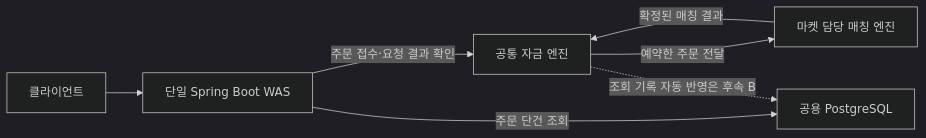
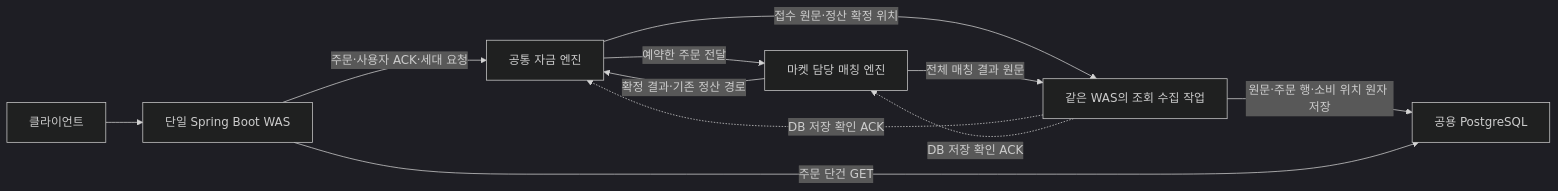
Before and after one commit to 0Chord/coin-exchange: the diagram in README.md, drawn with Mermaid (dark theme). The commit also changed other lines of this file and 6 other files, not shown here.

````diff
--- a/README.md
+++ b/README.md
@@ -11,9 +11,13 @@
 ```mermaid
 flowchart LR
     Client["클라이언트"] --> WAS["단일 Spring Boot WAS"]
-    WAS -->|"주문 접수·요청 결과 확인"| Funds["공통 자금 엔진"]
+    WAS -->|"주문·사용자 ACK·세대 요청"| Funds["공통 자금 엔진"]
     Funds -->|"예약한 주문 전달"| Matching["마켓 담당 매칭 엔진"]
-    Matching -->|"확정된 매칭 결과"| Funds
-    WAS -->|"주문 단건 조회"| RDB["공용 PostgreSQL"]
-    Funds -.->|"조회 기록 자동 반영은 후속 B"| RDB
+    Matching -->|"확정 결과·기존 정산 경로"| Funds
+    Funds -->|"접수 원문·정산 확정 위치"| Feed["같은 WAS의 조회 수집 작업"]
+    Matching -->|"전체 매칭 결과 원문"| Feed
+    Feed -->|"원문·주문 행·소비 위치 원자 저장"| RDB["공용 PostgreSQL"]
+    Feed -.->|"DB 저장 확인 ACK"| Funds
+    Feed -.->|"DB 저장 확인 ACK"| Matching
+    WAS -->|"주문 단건 GET"| RDB
 ```
````
